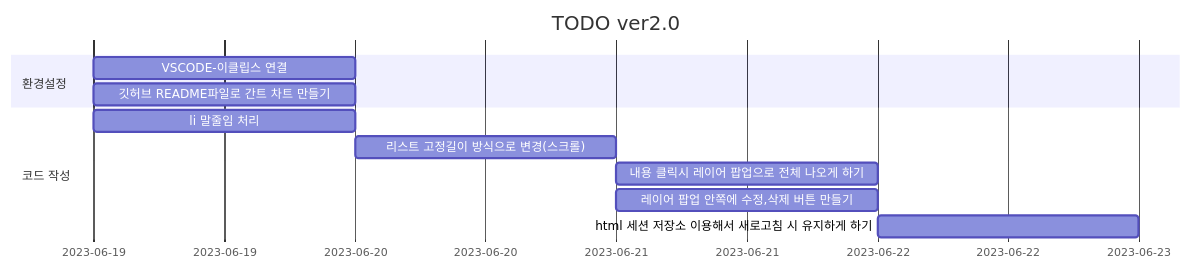
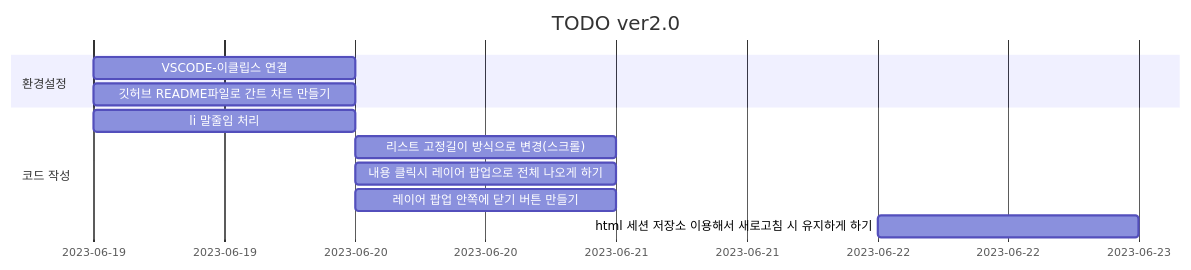
One commit to UDONGSALI/Toy-Project changed the diagram in TODO_ver2/README.md. Above: the diagram before and after it, drawn with Mermaid.

Commit message:
Update README.md
2023/6/20
내용 클릭시 모달로 나오게 하기 완료

````diff
--- a/TODO_ver2/README.md
+++ b/TODO_ver2/README.md
@@ -14,14 +14,14 @@
 ```mermaid
 gantt
     title TODO ver2.0
     dateFormat  YYYY-MM-DD
     section 환경설정
     VSCODE-이클립스 연결:2023-06-19, 1d
     깃허브 README파일로 간트 차트 만들기:2023-06-19, 1d
     section 코드 작성
     li 말줄임 처리: 2023-06-19, 1d
     리스트 고정길이 방식으로 변경(스크롤): 2023-06-20, 1d
-    내용 클릭시 레이어 팝업으로 전체 나오게 하기: 2023-06-21, 1d
-    레이어 팝업 안쪽에 수정,삭제 버튼 만들기: 2023-06-21, 1d
+    내용 클릭시 레이어 팝업으로 전체 나오게 하기: 2023-06-20, 1d
+    레이어 팝업 안쪽에 닫기 버튼 만들기: 2023-06-20, 1d
     html 세션 저장소 이용해서 새로고침 시 유지하게 하기: 2023-06-22, 1d
 ```
````
